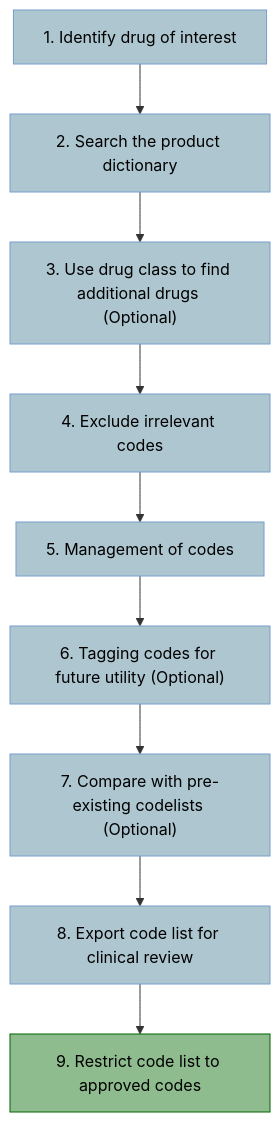
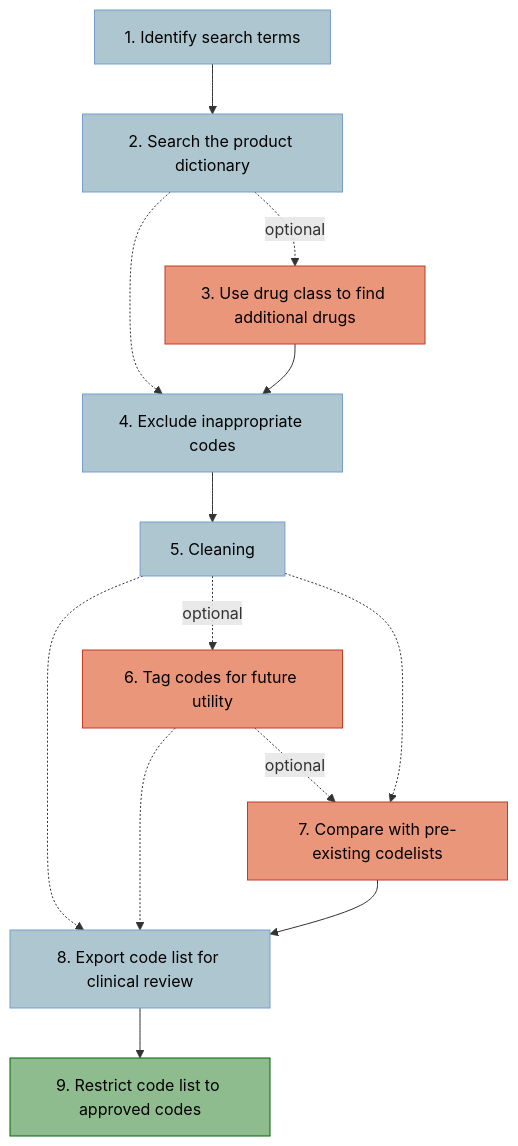
The diagram in README.md (NHLI-Respiratory-Epi/drug-codelist-creation), drawn with Mermaid before and after one commit. The commit also changed other lines of this file, not shown here.

````diff
--- a/README.md
+++ b/README.md
@@ -7,22 +7,27 @@
 ```mermaid
 flowchart TD
-    A[1. Identify drug of interest] --> B[2. Search the product dictionary]
-    B --> C["3. Use drug class to find additional drugs (Optional)"]
-    C --> D[4. Exclude irrelevant codes]
-    D --> E[5. Management of codes]
-    E --> F["6. Tagging codes for future utility (Optional)"]
-    F --> G["7. Compare with pre-existing codelists (Optional)"]
+    A[1. Identify search terms] --> B[2. Search the product dictionary]
+    B -. optional .-> C["3. Use drug class to find additional drugs"]
+    B -.-> D
+    C --> D[4. Exclude inappropriate codes]
+    D --> E[5. Cleaning]
+    E -. optional .-> F["6. Tag codes for future utility"]
+    E -.-> H
+    F -. optional .-> G["7. Compare with pre-existing codelists"]
+    E -.-> G
+    F -.-> H
     G --> H[8. Export code list for clinical review]
     H --> I[9. Restrict code list to approved codes]
     A:::step
     B:::step
-    C:::step
+    C:::optional
     D:::step
     E:::step
-    F:::step
-    G:::step
+    F:::optional
+    G:::optional
     H:::step
     I:::final
     classDef step color:black, fill:#aec6cf, stroke:#779ecb
+    classDef optional color:black, fill:#e9967a, stroke:#c23b22
     classDef final color:black, fill:#8fbc8f, stroke:#006400
 ```
````
